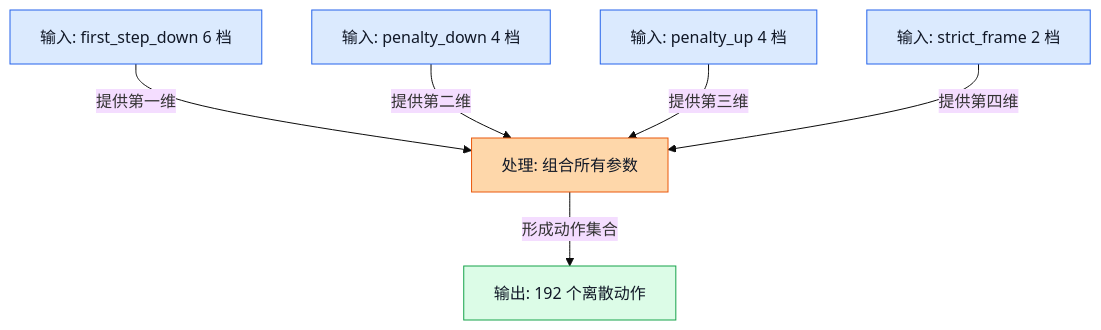
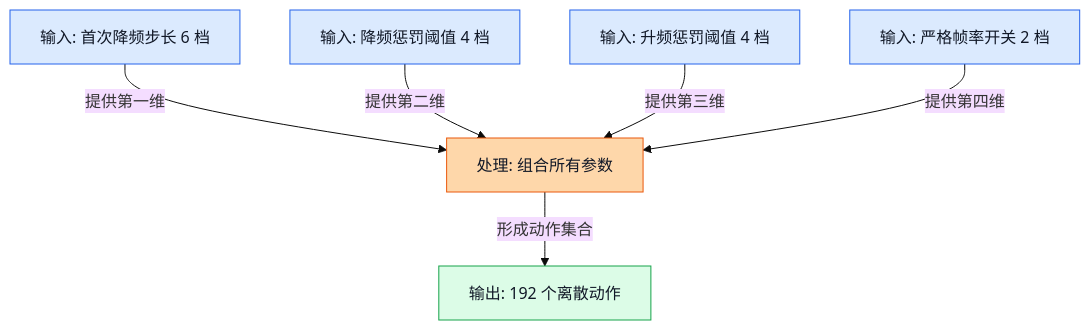
The fourth of 7 diagrams in learn/15_CQL.md (Mrphase/RL-Doc), drawn with Mermaid (base theme) before and after one commit. The commit also changed other lines of this file and 14 other files, not shown here.

First line of the commit message:
fix: clean mermaid labels in learn docs

````diff
--- a/learn/15_CQL.md
+++ b/learn/15_CQL.md
@@ -474,16 +474,16 @@
 ```mermaid
 flowchart TD
-    A[输入: first_step_down 6 档] -->|提供第一维| E[处理: 组合所有参数]
-    B[输入: penalty_down 4 档] -->|提供第二维| E
-    C[输入: penalty_up 4 档] -->|提供第三维| E
-    D[输入: strict_frame 2 档] -->|提供第四维| E
+    A[输入: 首次降频步长 6 档] -->|提供第一维| E[处理: 组合所有参数]
+    B[输入: 降频惩罚阈值 4 档] -->|提供第二维| E
+    C[输入: 升频惩罚阈值 4 档] -->|提供第三维| E
+    D[输入: 严格帧率开关 2 档] -->|提供第四维| E
     E -->|形成动作集合| F[输出: 192 个离散动作]
 
     classDef input fill:#dbeafe,stroke:#2563eb,color:#111827;
     classDef process fill:#fed7aa,stroke:#ea580c,color:#111827;
     classDef output fill:#dcfce7,stroke:#16a34a,color:#111827;
 
     class A,B,C,D input;
     class E process;
     class F output;
 ```
````
